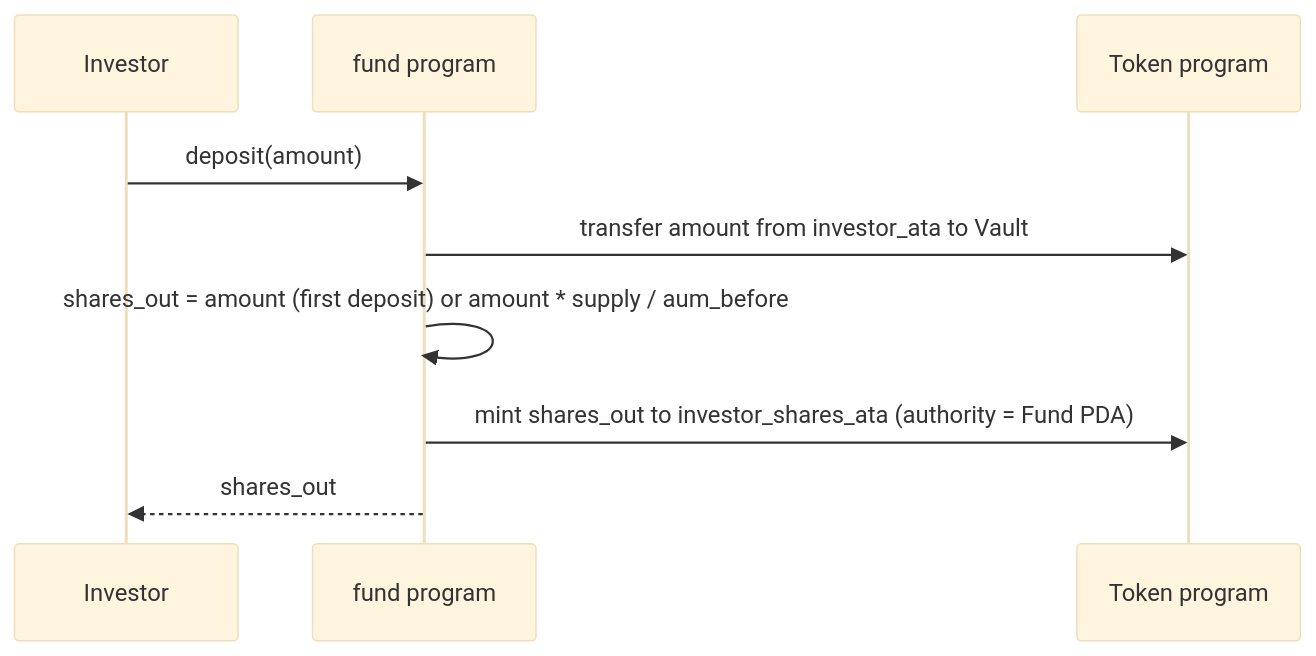
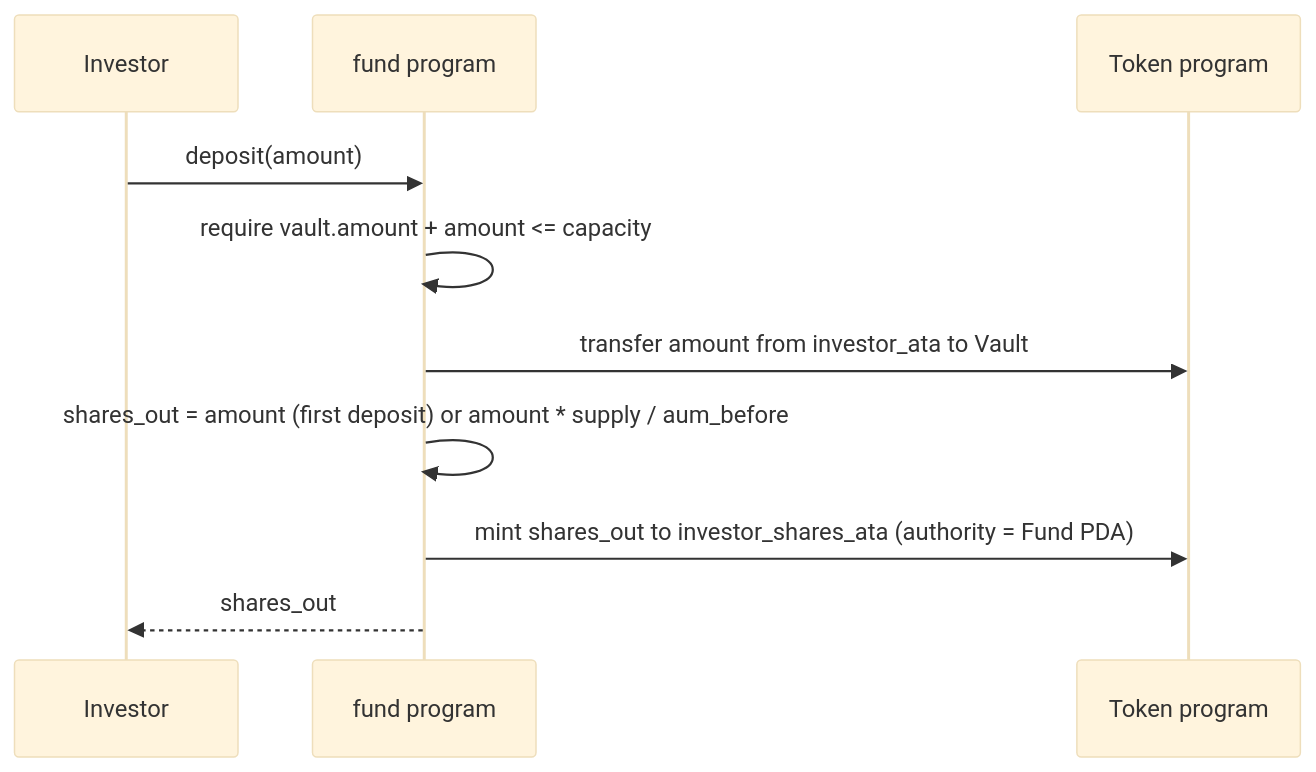
The second of 2 diagrams in programs/fund/SPEC.md (dataclique/fund), drawn with Mermaid (base theme) before and after one commit. The commit also changed other lines of this file and 1 other file, not shown here.

````diff
--- a/programs/fund/SPEC.md
+++ b/programs/fund/SPEC.md
@@ -108,12 +109,13 @@
 ```mermaid
 sequenceDiagram
     participant Investor
     participant Program as fund program
     participant Token as Token program
 
     Investor->>Program: deposit(amount)
+    Program->>Program: require vault.amount + amount <= capacity
     Program->>Token: transfer amount from investor_ata to Vault
     Program->>Program: shares_out = amount (first deposit) or amount * supply / aum_before
     Program->>Token: mint shares_out to investor_shares_ata (authority = Fund PDA)
     Program-->>Investor: shares_out
 ```
````
